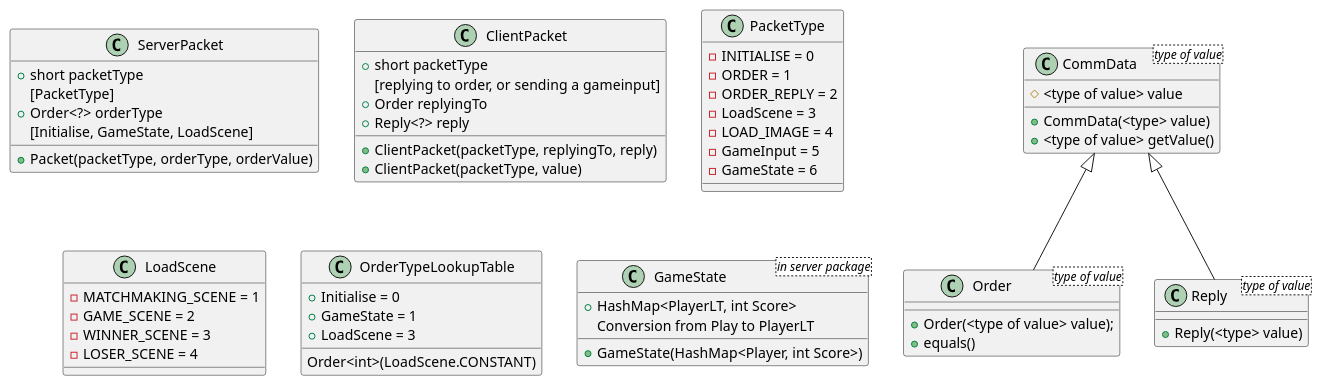
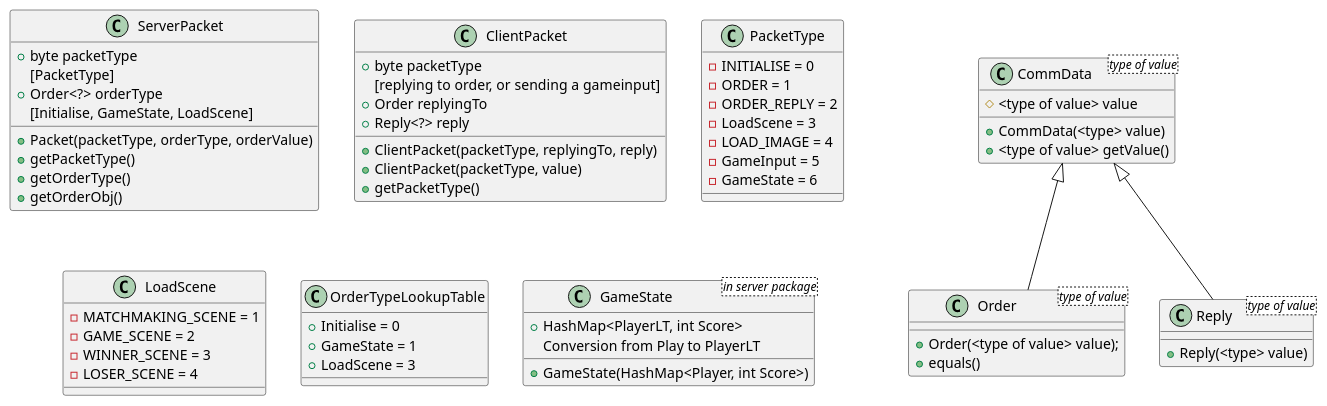
The diagram in Flowcharts/Resources/DataPacketRedesign.pu (yashdwivedi/mavenproject1), drawn with PlantUML before and after one commit. The commit also changed 2 other files, not shown here.

Commit message:
add some more diagrams

```diff
--- a/Flowcharts/Resources/DataPacketRedesign.pu
+++ b/Flowcharts/Resources/DataPacketRedesign.pu
@@ -1,59 +1,64 @@
 @startuml classes for communication
 class ServerPacket {
-    + short packetType 
+    + byte packetType 
       [PacketType]
     + Order<?> orderType 
       [Initialise, GameState, LoadScene]
     + Packet(packetType, orderType, orderValue)
+    + getPacketType()
+    + getOrderType()
+    + getOrderObj()
 }
 class ClientPacket {
-    + short packetType
+    + byte packetType
       [replying to order, or sending a gameinput]
     + Order replyingTo
     + Reply<?> reply
     + ClientPacket(packetType, replyingTo, reply)
     + ClientPacket(packetType, value)
+    + getPacketType()
+
+    
 }
 class PacketType{
     - INITIALISE = 0
     - ORDER = 1
     - ORDER_REPLY = 2
     - LoadScene = 3
     - LOAD_IMAGE = 4
     - GameInput = 5
     - GameState = 6
 }
 class LoadScene{
     - MATCHMAKING_SCENE = 1
     - GAME_SCENE = 2
     - WINNER_SCENE = 3
     - LOSER_SCENE = 4
 }
 class OrderTypeLookupTable{
     + Initialise = 0
     + GameState = 1
     + LoadScene = 3
-    Order<int>(LoadScene.CONSTANT)
 }
 class CommData<type of value>{
     # <type of value> value
     + CommData(<type> value)
     + <type of value> getValue()
 }
 class Order<type of value>{
     + Order(<type of value> value);
     + equals()
 }
 class Reply<type of value>{
     + Reply(<type> value)
 }
 CommData <|-- Order
 CommData <|-- Reply
 ' Done by: Reply<T> extends CommData<T>
 class GameState<in server package> {
     + HashMap<PlayerLT, int Score>
     + GameState(HashMap<Player, int Score>)
       Conversion from Play to PlayerLT
 
 }
 @endumlP
```
